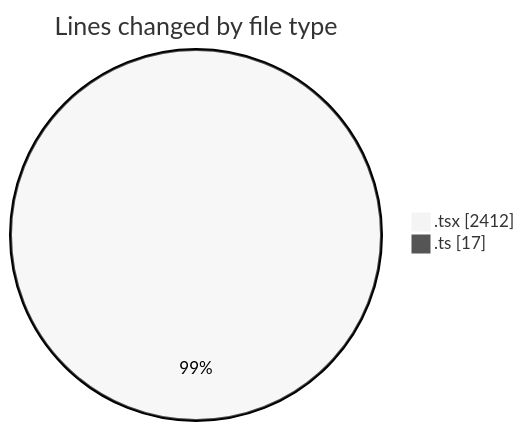
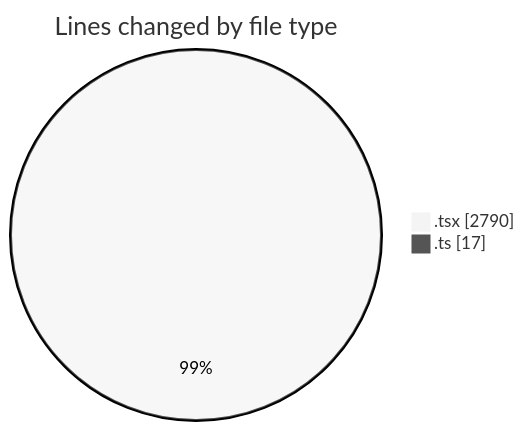
The first of 2 diagrams in 2026-03-15/nxtqube_webapp/README.md (nxtqubesakshisongat/code-tracking), drawn with Mermaid (neutral theme) before and after one commit. The commit also changed other lines of this file and 1 other file, not shown here.

````diff
--- a/2026-03-15/nxtqube_webapp/README.md
+++ b/2026-03-15/nxtqube_webapp/README.md
@@ -23,6 +23,6 @@
 ```mermaid
 pie showData
 title Lines changed by file type
-".tsx" : 2412
+".tsx" : 2790
 ".ts" : 17
 ```
````
